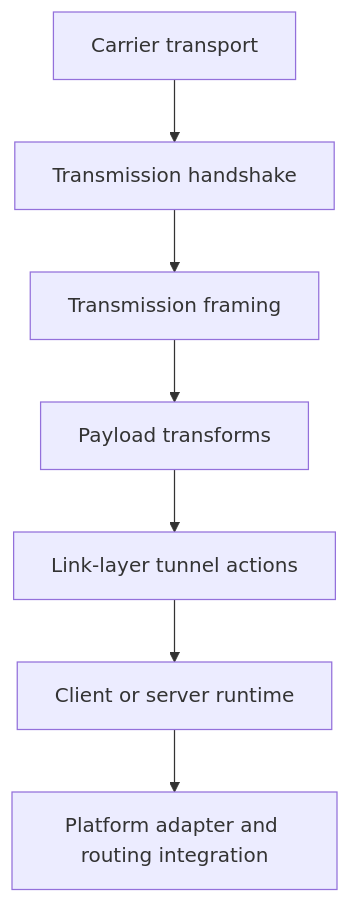
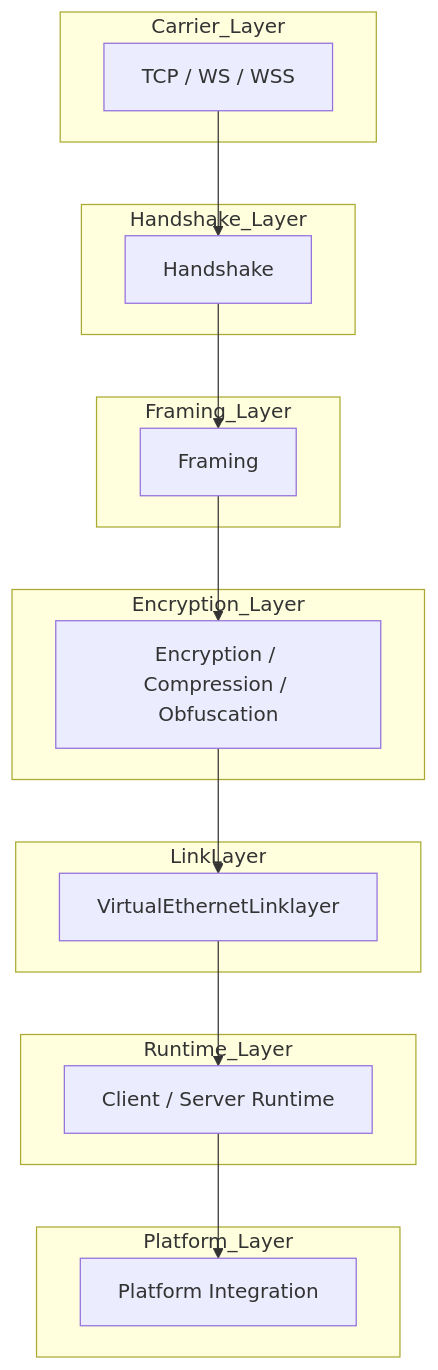
One commit to HyacinthHaru/openppp2 changed the first of 12 diagrams in docs/TRANSMISSION.md. Above: the diagram before and after it, drawn with Mermaid. The commit also changed other lines of this file and 31 other files, not shown here.

````diff
--- a/docs/TRANSMISSION.md
+++ b/docs/TRANSMISSION.md
@@ -42,9 +44,37 @@
 ```mermaid
 flowchart TD
-    A[Carrier transport] --> B[Transmission handshake]
-    B --> C[Transmission framing]
-    C --> D[Payload transforms]
-    D --> E[Link-layer tunnel actions]
-    E --> F[Client or server runtime]
-    F --> G[Platform adapter and routing integration]
+    subgraph Carrier_Layer
+        A[TCP / WS / WSS]
+    end
+    
+    subgraph Handshake_Layer
+        B[Handshake]
+    end
+    
+    subgraph Framing_Layer
+        C[Framing]
+    end
+    
+    subgraph Encryption_Layer
+        D[Encryption / Compression / Obfuscation]
+    end
+    
+    subgraph LinkLayer
+        E[VirtualEthernetLinklayer]
+    end
+    
+    subgraph Runtime_Layer
+        F[Client / Server Runtime]
+    end
+    
+    subgraph Platform_Layer
+        G[Platform Integration]
+    end
+    
+    A --> B
+    B --> C
+    C --> D
+    D --> E
+    E --> F
+    F --> G
 ```
````
